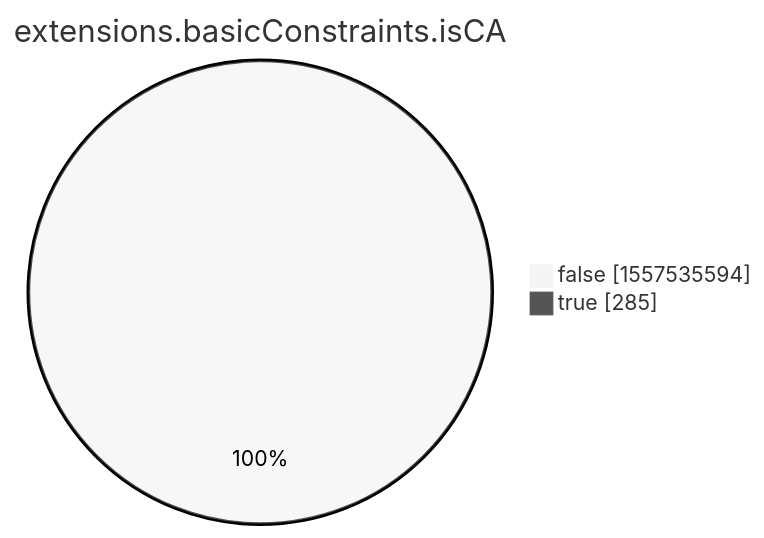
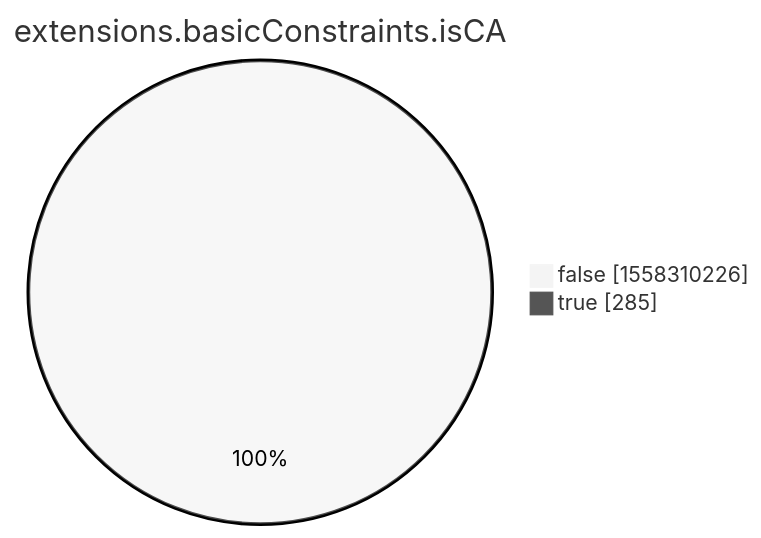
One commit to christiankrug/ctmonitor_visualization changed the eighth of 15 diagrams in xenon2022/README.md. Above: the diagram before and after it, drawn with Mermaid (neutral theme). The commit also changed other lines of this file, not shown here.

````diff
--- a/xenon2022/README.md
+++ b/xenon2022/README.md
@@ -2860,6 +2860,6 @@
 ```mermaid
 pie showData
 title extensions.basicConstraints.isCA
-"false" :1557535594
+"false" :1558310226
 "true" :285
 ```
````
